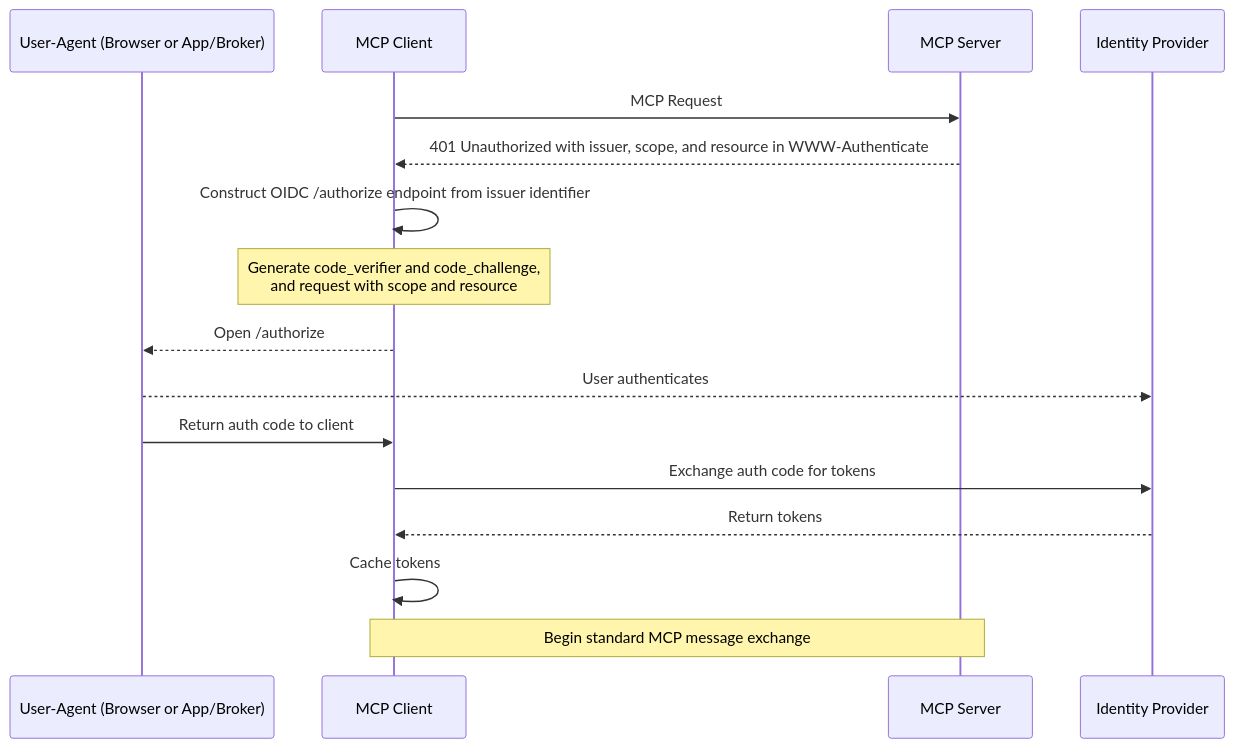
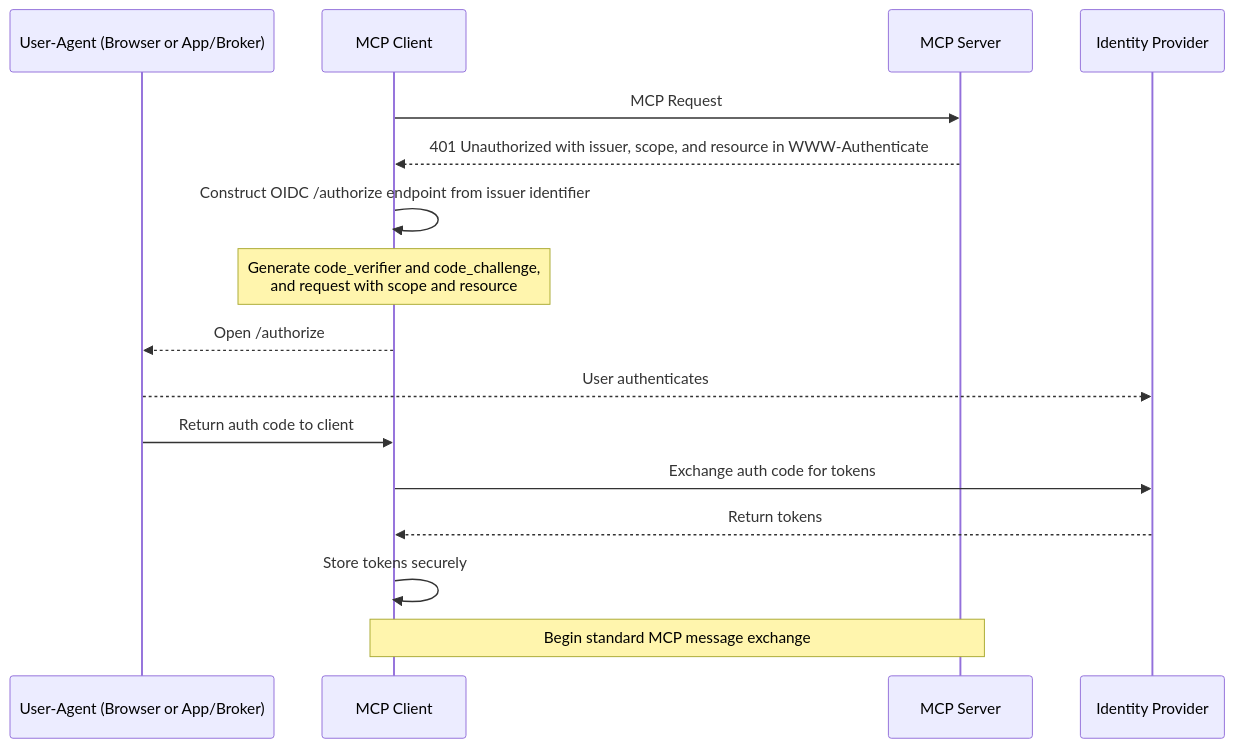
The first of 5 diagrams in docs/specification/2025-03-26/basic/authorization.md (pcarleton/specification), drawn with Mermaid before and after one commit.

````diff
--- a/docs/specification/2025-03-26/basic/authorization.md
+++ b/docs/specification/2025-03-26/basic/authorization.md
@@ -126,19 +126,19 @@
 ```mermaid
 sequenceDiagram
     participant UA as User-Agent (Browser or App/Broker)
     participant MC as MCP Client
     participant MS as MCP Server
     participant IDP as Identity Provider
 
     MC->>MS: MCP Request
     MS-->>MC: 401 Unauthorized with issuer, scope, and resource in WWW-Authenticate
     MC->>MC: Construct OIDC /authorize endpoint from issuer identifier
     Note over MC: Generate code_verifier and code_challenge,<br/>and request with scope and resource
     MC-->>UA: Open /authorize
     UA-->>IDP: User authenticates
     UA->>MC: Return auth code to client
     MC->>IDP: Exchange auth code for tokens
     IDP-->>MC: Return tokens
-    MC->>MC: Cache tokens
+    MC->>MC: Store tokens securely
     Note over MC, MS: Begin standard MCP message exchange
 ```
````
